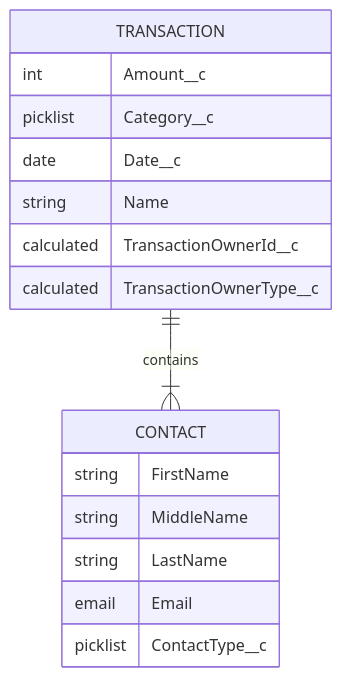
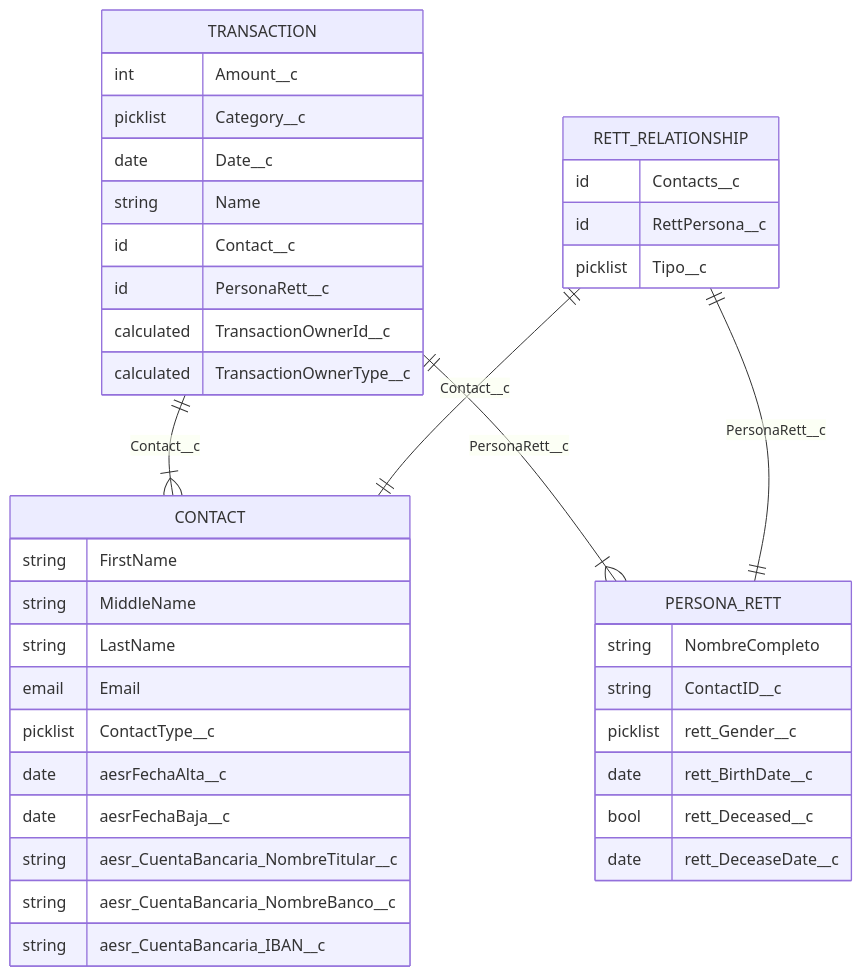
Before and after one commit to rett-spain/ngo-finance: the diagram in docs/dbmodel.md, drawn with Mermaid. The commit also changed other lines of this file and 1 other file, not shown here.

Commit message:
Updated db model and additional details for transactions feature

````diff
--- a/docs/dbmodel.md
+++ b/docs/dbmodel.md
@@ -2,19 +1,42 @@
 ```mermaid
 erDiagram
-    TRANSACTION ||--|{ CONTACT : contains
+    TRANSACTION ||--|{ CONTACT : Contact__c
+    TRANSACTION ||--|{ PERSONA_RETT : PersonaRett__c
+    RETT_RELATIONSHIP ||--|| CONTACT : Contact__c
+    RETT_RELATIONSHIP ||--|| PERSONA_RETT : PersonaRett__c
     TRANSACTION {
         int Amount__c
         picklist Category__c
         date Date__c
         string Name
+        id Contact__c
+        id PersonaRett__c
         calculated TransactionOwnerId__c
         calculated TransactionOwnerType__c
     }
     CONTACT {
         string FirstName
         string MiddleName
         string LastName
         email Email
         picklist ContactType__c
+        date aesrFechaAlta__c
+        date aesrFechaBaja__c
+        string aesr_CuentaBancaria_NombreTitular__c
+        string aesr_CuentaBancaria_NombreBanco__c
+        string aesr_CuentaBancaria_IBAN__c
+    }
+    PERSONA_RETT {
+        string NombreCompleto
+        string ContactID__c
+        picklist rett_Gender__c
+        date rett_BirthDate__c
+        bool rett_Deceased__c
+        date rett_DeceaseDate__c
+    }
+    RETT_RELATIONSHIP {
+        id Contacts__c
+        id RettPersona__c
+        picklist Tipo__c
     }
 ```
````
